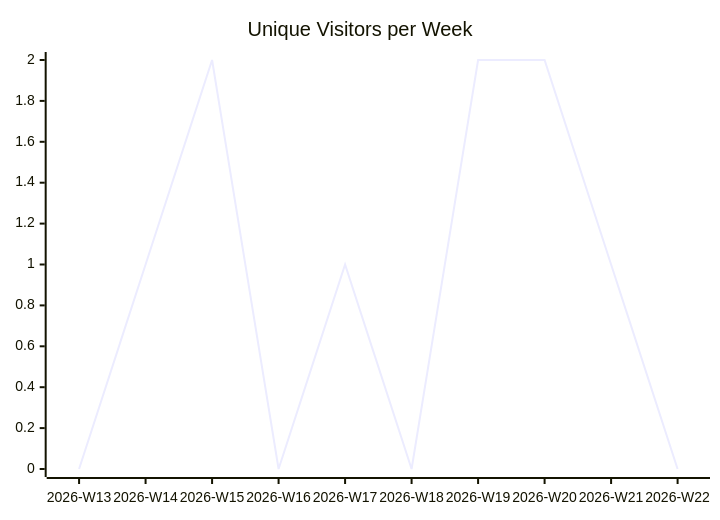
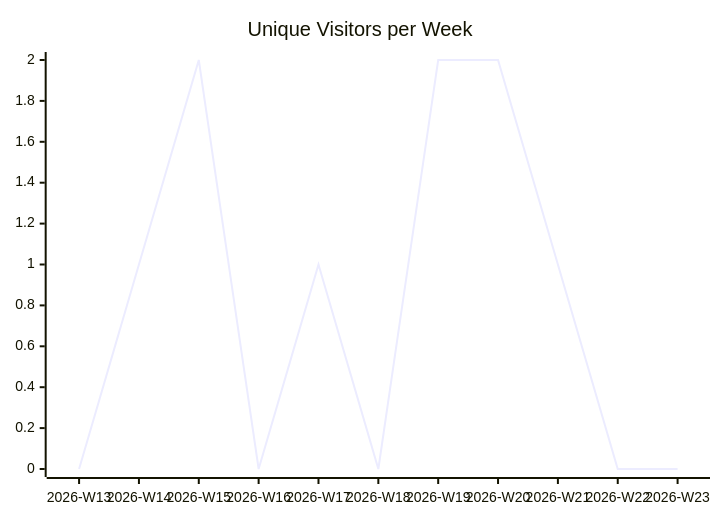
One commit to justdavis-family/github-analytics-data changed the first of 3 diagrams in justdavis-family/justdavis/README.md. Above: the diagram before and after it, drawn with Mermaid. The commit also changed other lines of this file and 186 other files, not shown here.

````diff
--- a/justdavis-family/justdavis/README.md
+++ b/justdavis-family/justdavis/README.md
@@ -5,6 +5,6 @@
 ```mermaid
 xychart-beta
   title "Unique Visitors per Week"
-  x-axis ["2026-W13", "2026-W14", "2026-W15", "2026-W16", "2026-W17", "2026-W18", "2026-W19", "2026-W20", "2026-W21", "2026-W22"]
-  line [0, 1, 2, 0, 1, 0, 2, 2, 1, 0]
+  x-axis ["2026-W13", "2026-W14", "2026-W15", "2026-W16", "2026-W17", "2026-W18", "2026-W19", "2026-W20", "2026-W21", "2026-W22", "2026-W23"]
+  line [0, 1, 2, 0, 1, 0, 2, 2, 1, 0, 0]
 ```
````
